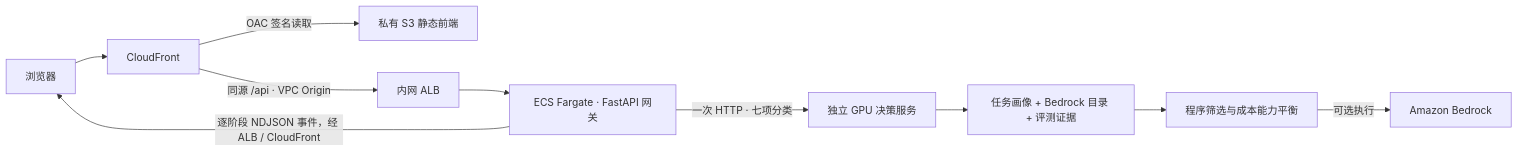
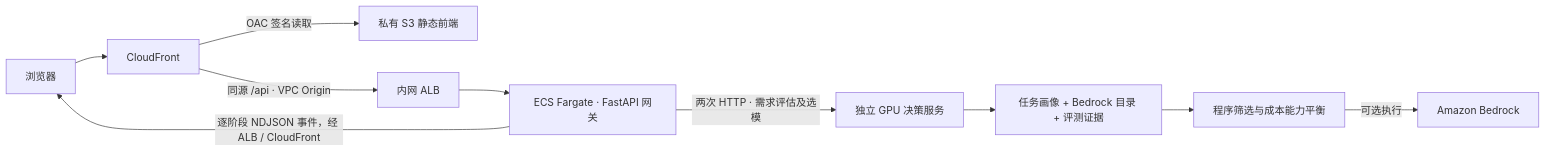
The diagram in docs/MODEL_GATEWAY.zh.md (milan9527/DeciderModelRouter), drawn with Mermaid before and after one commit. The commit also changed 113 other files, not shown here.

````diff
--- a/docs/MODEL_GATEWAY.zh.md
+++ b/docs/MODEL_GATEWAY.zh.md
@@ -9,12 +9,12 @@
 ```mermaid
 flowchart LR
     Browser[浏览器] --> CF[CloudFront]
     CF -->|OAC 签名读取| S3[私有 S3 静态前端]
     CF -->|同源 /api · VPC Origin| ALB[内网 ALB]
     ALB --> API[ECS Fargate · FastAPI 网关]
-    API -->|一次 HTTP · 七项分类| GPU[独立 GPU 决策服务]
+    API -->|两次 HTTP · 需求评估及选模| GPU[独立 GPU 决策服务]
     GPU --> Policy[任务画像 + Bedrock 目录 + 评测证据]
     Policy --> Select[程序筛选与成本能力平衡]
     Select -->|可选执行| Bedrock[Amazon Bedrock]
     API -->|逐阶段 NDJSON 事件，经 ALB / CloudFront| Browser
 ```
````
